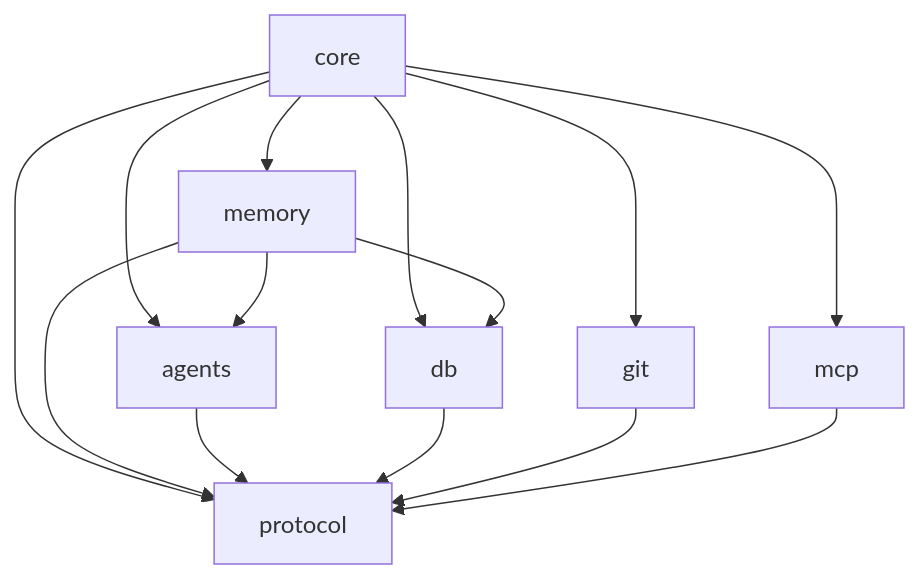
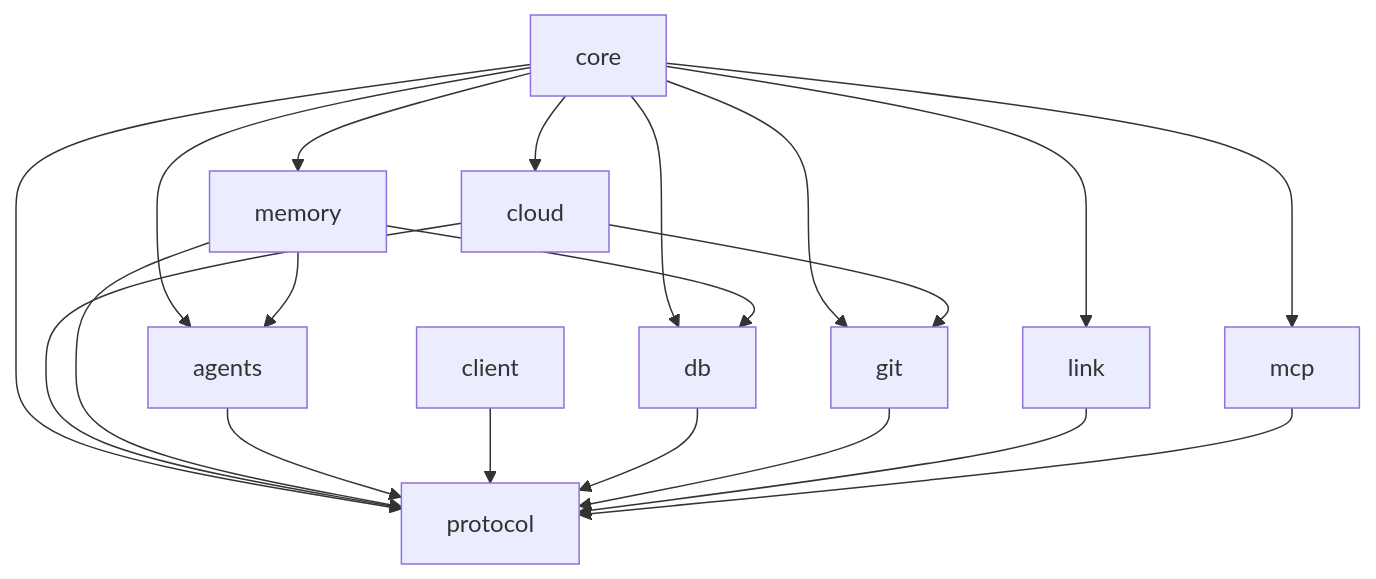
The second of 2 diagrams in ARCHITECTURE.md (davejj1530/openorc), drawn with Mermaid before and after one commit. The commit also changed other lines of this file and 22 other files, not shown here.

````diff
--- a/ARCHITECTURE.md
+++ b/ARCHITECTURE.md
@@ -43,16 +56,22 @@
 ```mermaid
 flowchart TD
   CORE[core] --> AGENTS[agents]
+  CORE --> CLOUD[cloud]
   CORE --> DB[db]
   CORE --> GIT[git]
+  CORE --> LINK[link]
   CORE --> MEMORY[memory]
   CORE --> MCP[mcp]
   CORE --> PROTOCOL[protocol]
+  CLOUD --> GIT
+  CLOUD --> PROTOCOL
   MEMORY --> AGENTS
   MEMORY --> DB
   MEMORY --> PROTOCOL
   AGENTS --> PROTOCOL
+  CLIENT[client] --> PROTOCOL
   DB --> PROTOCOL
   GIT --> PROTOCOL
+  LINK --> PROTOCOL
   MCP --> PROTOCOL
 ```
````
